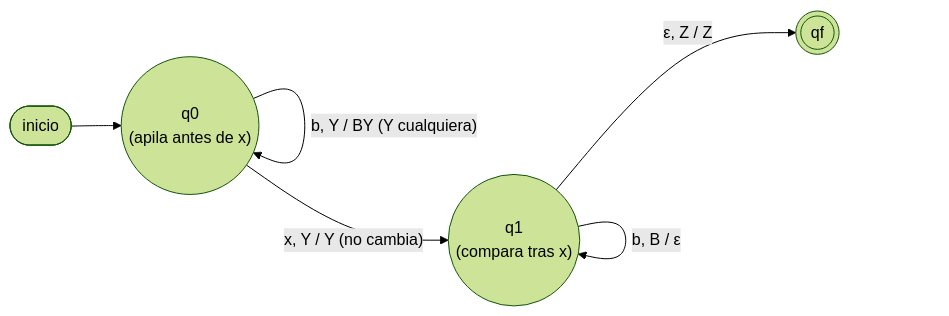
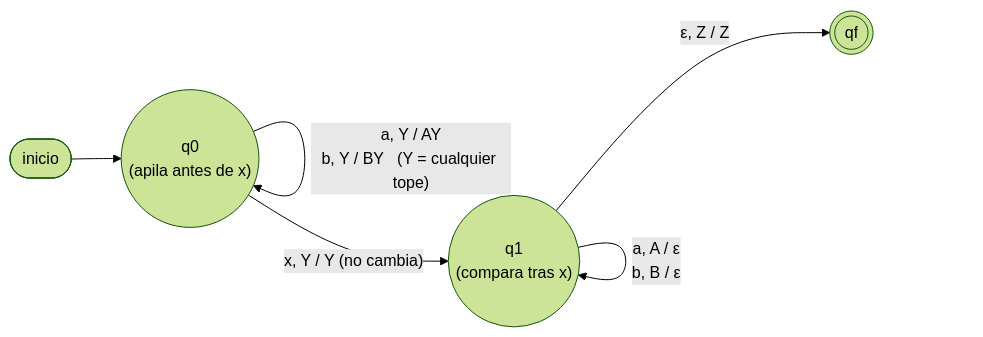
The fourth of 5 diagrams in ejercicios/ejercicios.md (yhwachoo/Grafos), drawn with Mermaid (forest theme) before and after one commit. The commit also changed other lines of this file and 6 other files, not shown here.

First line of the commit message:
Corrige diagramas con lazos superpuestos (etiquetas que no se veían)

````diff
--- a/ejercicios/ejercicios.md
+++ b/ejercicios/ejercicios.md
@@ -227,13 +225,11 @@
 ```mermaid
 graph LR
     ini([inicio]) --> q0
     q0(("q0<br/>(apila antes de x)"))
     q1(("q1<br/>(compara tras x)"))
     qf((("qf")))
-    q0 -->|"a, Y / AY  (Y cualquiera)"| q0
-    q0 -->|"b, Y / BY  (Y cualquiera)"| q0
+    q0 -->|"a, Y / AY<br/>b, Y / BY   (Y = cualquier tope)"| q0
     q0 -->|"x, Y / Y  (no cambia)"| q1
-    q1 -->|"a, A / ε"| q1
-    q1 -->|"b, B / ε"| q1
+    q1 -->|"a, A / ε<br/>b, B / ε"| q1
     q1 -->|"ε, Z / Z"| qf
 ```
````
